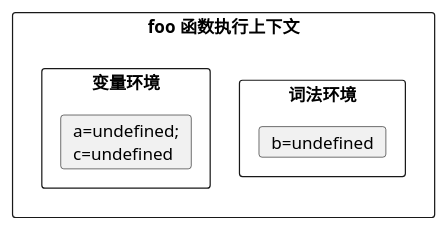
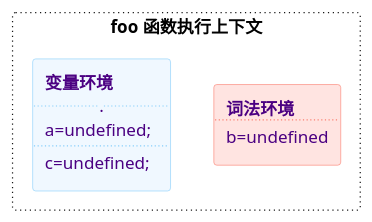
One commit to HelenZhangLP/blog changed the sixth of 11 diagrams in source/_posts/浏览器工作原理——Javascript执行机制.md. Above: the diagram before and after it, drawn with PlantUML. The commit also changed other lines of this file and 122 other files, not shown here.

```diff
--- a/source/_posts/浏览器工作原理——Javascript执行机制.md
+++ b/source/_posts/浏览器工作原理——Javascript执行机制.md
@@ -339,10 +389,16 @@
 {%plantuml%}
-rectangle fnContext as "foo 函数执行上下文" {
-  rectangle lexicalEnvironment as "词法环境" {
-    card "b=undefined"
-  }
-  rectangle variableEnvironment as "变量环境" {
-    card "a=undefined;\nc=undefined"
-  }
+rectangle fnContext as "foo 函数执行上下文" #line.dotted {
+  rectangle lexicalEnvironment #MistyRose;text:indigo;line:Salmon [
+    <b>词法环境
+    ....
+    b=undefined
+  ]
+  rectangle variableEnvironment #aliceBlue;line:LightSkyBlue;text:indigo [
+    **变量环境**
+    .....
+    a=undefined;
+    ....
+    c=undefined;
+  ]
 }
 {%endplantuml%}
```
